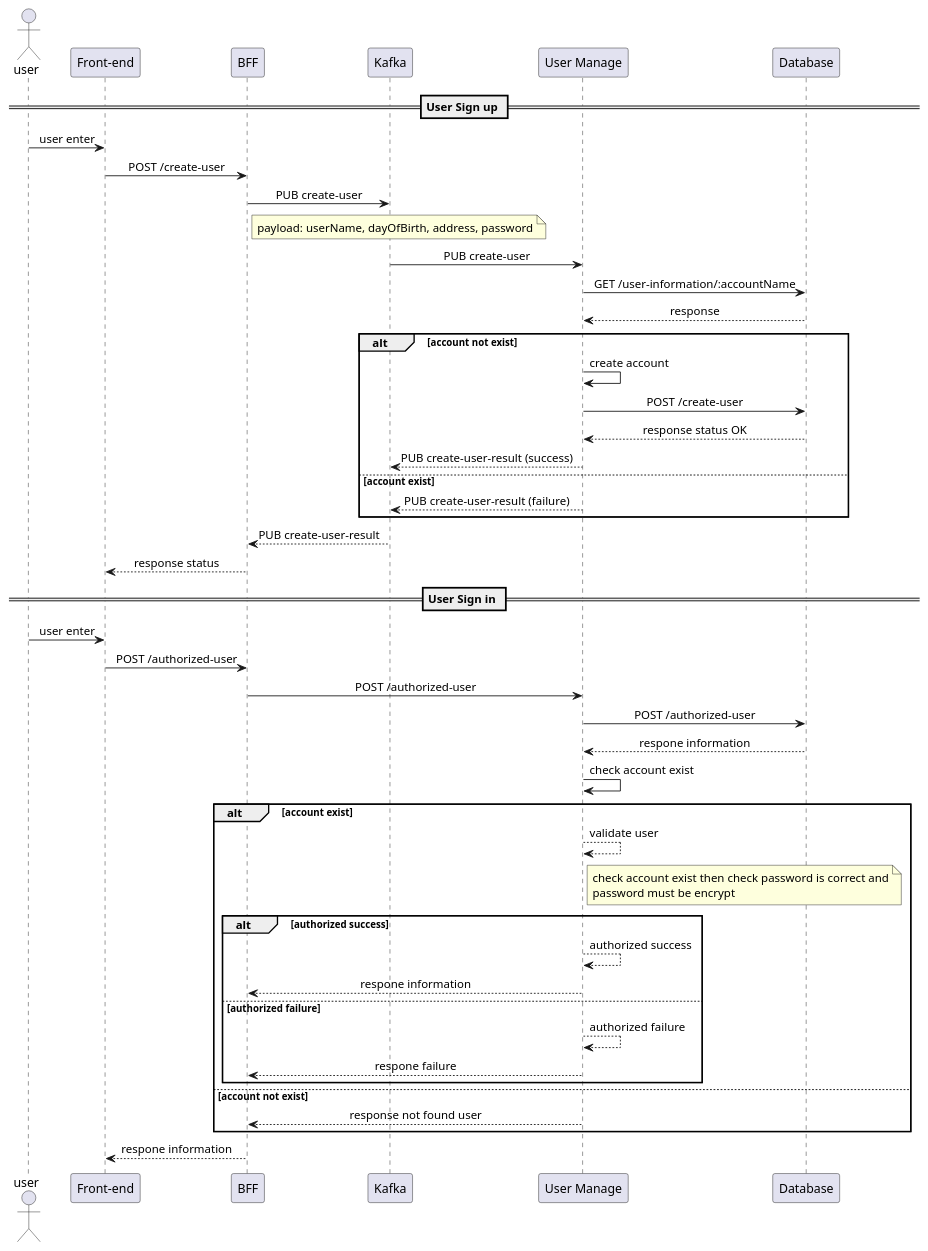
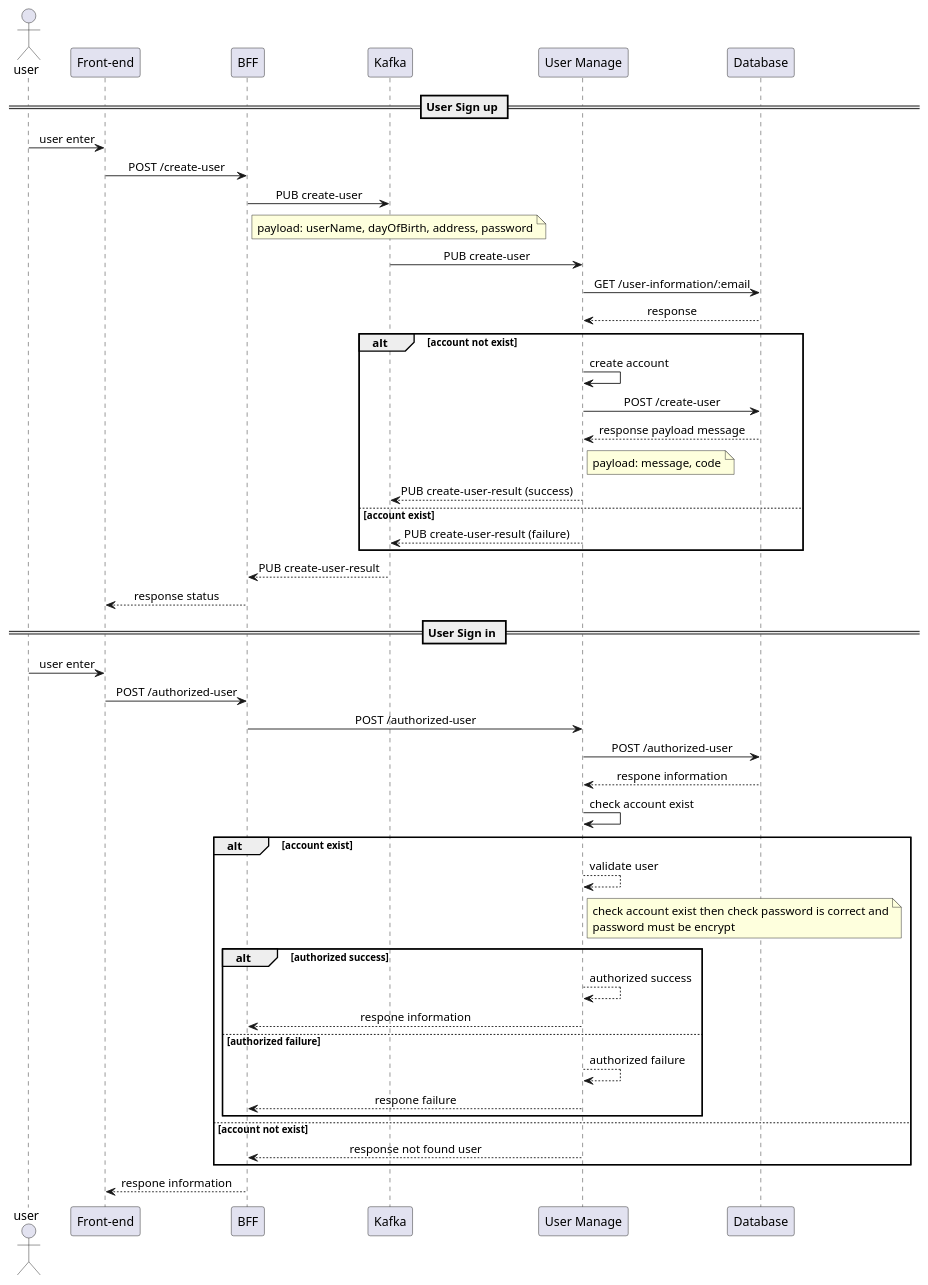
Before and after one commit to room-chat/docs: the diagram in umls-docs/user.plantuml, drawn with PlantUML. The commit also changed 3 other files, not shown here.

```diff
--- a/umls-docs/user.plantuml
+++ b/umls-docs/user.plantuml
@@ -1,61 +1,64 @@
 @startuml User-Authentication
 
 skinparam SequenceMessageAlignment center
 
 actor user
 participant "Front-end" as frontEnd
 participant BFF as bff
 participant Kafka as kafka
 participant "User Manage" as userManage
 participant Database as database
 
 == User Sign up ==
 user -> frontEnd : user enter
 frontEnd -> bff :  POST /create-user
 bff -> kafka: PUB create-user
 note right of bff
     payload: userName, dayOfBirth, address, password
 end note
 kafka -> userManage: PUB create-user
-userManage -> database: GET /user-information/:accountName
+userManage -> database: GET /user-information/:email
 database ---> userManage: response 
 alt account not exist
     userManage -> userManage: create account
     userManage -> database: POST /create-user
-    "database" ---> userManage: response status OK
+    "database" ---> userManage: response payload message
+    note right of userManage
+        payload: message, code
+    end note 
     userManage ---> kafka: PUB create-user-result (success)
 else account exist
     userManage ---> kafka: PUB create-user-result (failure)
 end
 kafka ---> bff: PUB create-user-result
 bff --> frontEnd: response status
 
 == User Sign in ==
 user -> frontEnd : user enter
 frontEnd -> bff :  POST /authorized-user
 bff -> userManage: POST /authorized-user
 userManage -> database: POST /authorized-user
 database --> userManage : respone information
 userManage -> userManage: check account exist
 alt account exist
 userManage ---> userManage: validate user
 note right of userManage 
     check account exist then check password is correct and
     password must be encrypt
 end note
 
 alt authorized success
     userManage ---> userManage: authorized success
     userManage ---> bff: respone information
 else authorized failure
     userManage ---> userManage: authorized failure
     userManage ---> bff: respone failure
 end
 else account not exist
 userManage ---> bff: response not found user
 end
 
 bff --> frontEnd :  respone information
 
 
 @enduml
```
